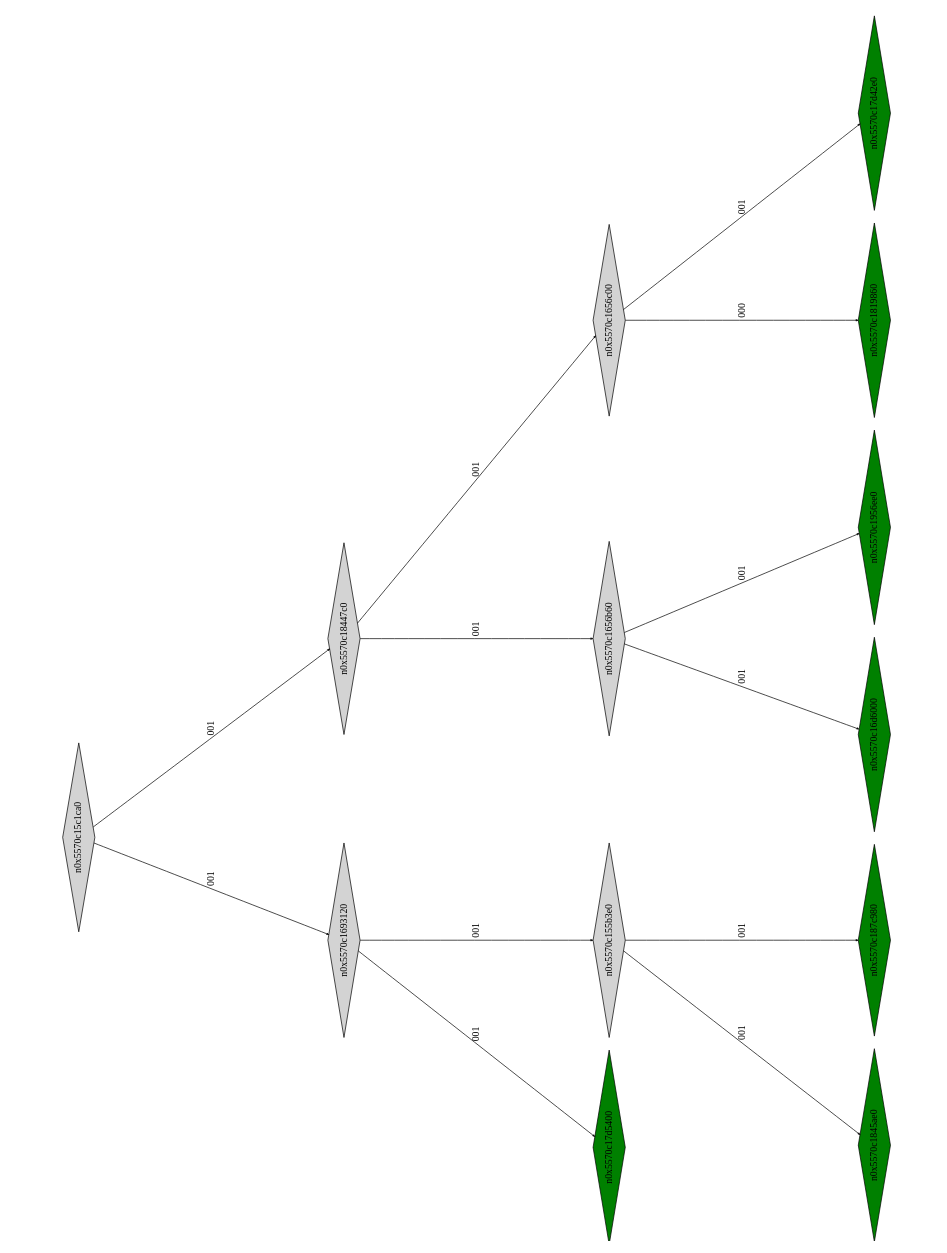
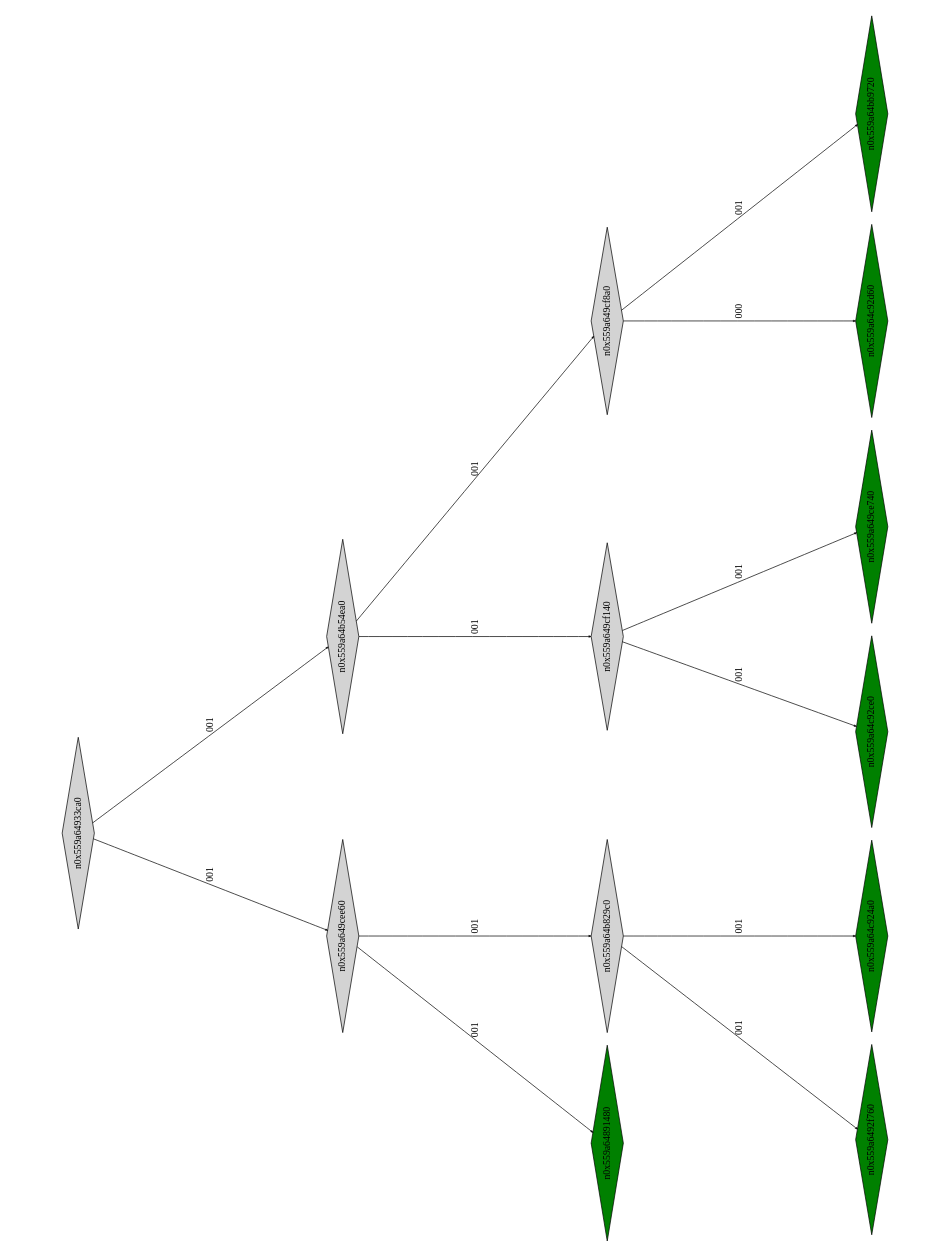
One commit to Research-Tools-PAVT/PSE-Program-Examples changed the diagram in montyhall_klee_out/ptree_00001056.dot. Above: the diagram before and after it, drawn with Graphviz. The commit also changed 42 other files, not shown here.

```diff
--- a/montyhall_klee_out/ptree_00001056.dot
+++ b/montyhall_klee_out/ptree_00001056.dot
@@ -1,33 +1,33 @@
 digraph G {
 	size="10,7.5";
 	ratio=fill;
 	rotate=90;
 	center = "true";
 	node [style="filled",width=.1,height=.1,fontname="Terminus"]
 	edge [arrowsize=.3]
-	n0x5570c15c1ca0 [shape=diamond];
-	n0x5570c15c1ca0 -> n0x5570c1693120 [label=001];
-	n0x5570c15c1ca0 -> n0x5570c18447c0 [label=001];
-	n0x5570c18447c0 [shape=diamond];
-	n0x5570c18447c0 -> n0x5570c1656b60 [label=001];
-	n0x5570c18447c0 -> n0x5570c1656c00 [label=001];
-	n0x5570c1656c00 [shape=diamond];
-	n0x5570c1656c00 -> n0x5570c1819860 [label=000];
-	n0x5570c1656c00 -> n0x5570c17d42e0 [label=001];
-	n0x5570c17d42e0 [shape=diamond,fillcolor=green];
-	n0x5570c1819860 [shape=diamond,fillcolor=green];
-	n0x5570c1656b60 [shape=diamond];
-	n0x5570c1656b60 -> n0x5570c16d6000 [label=001];
-	n0x5570c1656b60 -> n0x5570c1956ee0 [label=001];
-	n0x5570c1956ee0 [shape=diamond,fillcolor=green];
-	n0x5570c16d6000 [shape=diamond,fillcolor=green];
-	n0x5570c1693120 [shape=diamond];
-	n0x5570c1693120 -> n0x5570c17d5400 [label=001];
-	n0x5570c1693120 -> n0x5570c155b3e0 [label=001];
-	n0x5570c155b3e0 [shape=diamond];
-	n0x5570c155b3e0 -> n0x5570c1845ae0 [label=001];
-	n0x5570c155b3e0 -> n0x5570c187c980 [label=001];
-	n0x5570c187c980 [shape=diamond,fillcolor=green];
-	n0x5570c1845ae0 [shape=diamond,fillcolor=green];
-	n0x5570c17d5400 [shape=diamond,fillcolor=green];
+	n0x559a64933ca0 [shape=diamond];
+	n0x559a64933ca0 -> n0x559a649cee60 [label=001];
+	n0x559a64933ca0 -> n0x559a64b54ea0 [label=001];
+	n0x559a64b54ea0 [shape=diamond];
+	n0x559a64b54ea0 -> n0x559a649cf140 [label=001];
+	n0x559a64b54ea0 -> n0x559a649cf8a0 [label=001];
+	n0x559a649cf8a0 [shape=diamond];
+	n0x559a649cf8a0 -> n0x559a64c92d60 [label=000];
+	n0x559a649cf8a0 -> n0x559a64bb9720 [label=001];
+	n0x559a64bb9720 [shape=diamond,fillcolor=green];
+	n0x559a64c92d60 [shape=diamond,fillcolor=green];
+	n0x559a649cf140 [shape=diamond];
+	n0x559a649cf140 -> n0x559a64c92ce0 [label=001];
+	n0x559a649cf140 -> n0x559a649ce740 [label=001];
+	n0x559a649ce740 [shape=diamond,fillcolor=green];
+	n0x559a64c92ce0 [shape=diamond,fillcolor=green];
+	n0x559a649cee60 [shape=diamond];
+	n0x559a649cee60 -> n0x559a64891480 [label=001];
+	n0x559a649cee60 -> n0x559a64b829c0 [label=001];
+	n0x559a64b829c0 [shape=diamond];
+	n0x559a64b829c0 -> n0x559a6492f760 [label=001];
+	n0x559a64b829c0 -> n0x559a64c924a0 [label=001];
+	n0x559a64c924a0 [shape=diamond,fillcolor=green];
+	n0x559a6492f760 [shape=diamond,fillcolor=green];
+	n0x559a64891480 [shape=diamond,fillcolor=green];
 }
```
